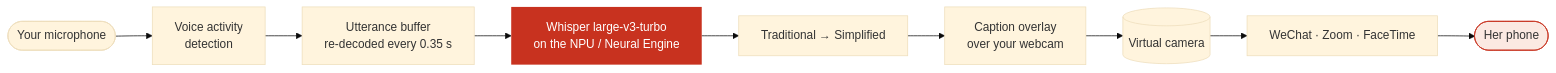
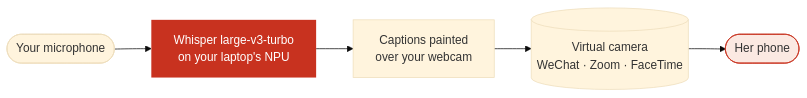
One commit to BensonRen/Laolao changed the first of 2 diagrams in README.md. Above: the diagram before and after it, drawn with Mermaid (base theme).

Commit message:
README: five-node pipeline so the diagram is legible at page width
Eight nodes left-to-right rendered too small to read on GitHub. The VAD,
buffer and conversion steps belong to docs/STREAMING.md anyway.

Claude-Session: https://claude.ai/code/session_01FnodmQWthosxUmsp82eH5x

````diff
--- a/README.md
+++ b/README.md
@@ -27,13 +27,9 @@
 ```mermaid
 flowchart LR
-    mic([Your microphone]) --> vad[Voice activity<br/>detection]
-    vad --> buf[Utterance buffer<br/>re-decoded every 0.35 s]
-    buf --> whisper[Whisper large-v3-turbo<br/>on the NPU / Neural Engine]
-    whisper --> cc[Traditional → Simplified]
-    cc --> overlay[Caption overlay<br/>over your webcam]
-    overlay --> vcam[(Virtual camera)]
-    vcam --> app[WeChat · Zoom · FaceTime]
-    app --> her([Her phone])
+    mic([Your microphone]) --> whisper["Whisper large-v3-turbo<br/>on your laptop's NPU"]
+    whisper --> overlay["Captions painted<br/>over your webcam"]
+    overlay --> vcam[("Virtual camera<br/>WeChat · Zoom · FaceTime")]
+    vcam --> her([Her phone])
     style whisper fill:#c8321f,color:#fff,stroke:none
     style her fill:#fbe9e2,stroke:#c8321f
 ```
````
